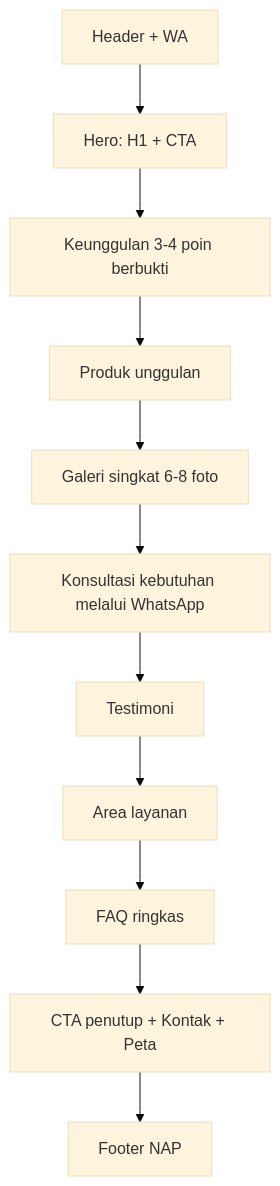
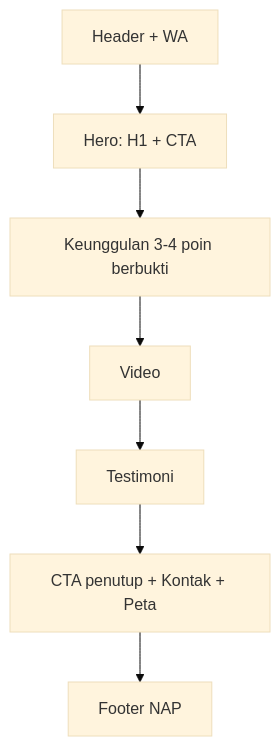
One commit to Makipak/Anugerah-Plafon-PVC changed the diagram in docs/12-desain-ui-dan-konten.md. Above: the diagram before and after it, drawn with Mermaid (base theme). The commit also changed other lines of this file and 78 other files, not shown here.

````diff
--- a/docs/12-desain-ui-dan-konten.md
+++ b/docs/12-desain-ui-dan-konten.md
@@ -53,13 +53,9 @@
 ```mermaid
 flowchart TD
   A[Header + WA] --> B[Hero: H1 + CTA]
   B --> C[Keunggulan 3-4 poin berbukti]
-  C --> D[Produk unggulan]
-  D --> E[Galeri singkat 6-8 foto]
-  E --> F[Konsultasi kebutuhan melalui WhatsApp]
-  F --> G[Testimoni]
-  G --> H[Area layanan]
-  H --> I[FAQ ringkas]
-  I --> J[CTA penutup + Kontak + Peta]
-  J --> K[Footer NAP]
+  C --> D[Video]
+  D --> E[Testimoni]
+  E --> F[CTA penutup + Kontak + Peta]
+  F --> G[Footer NAP]
 ```
````
